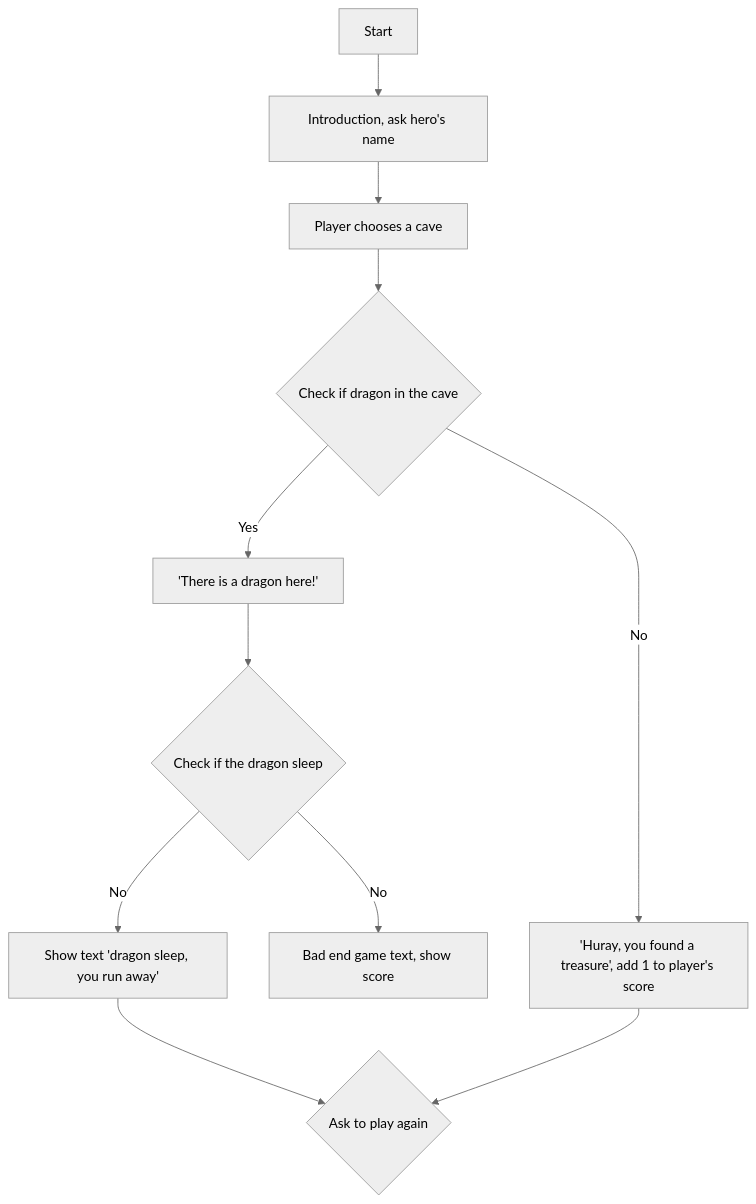
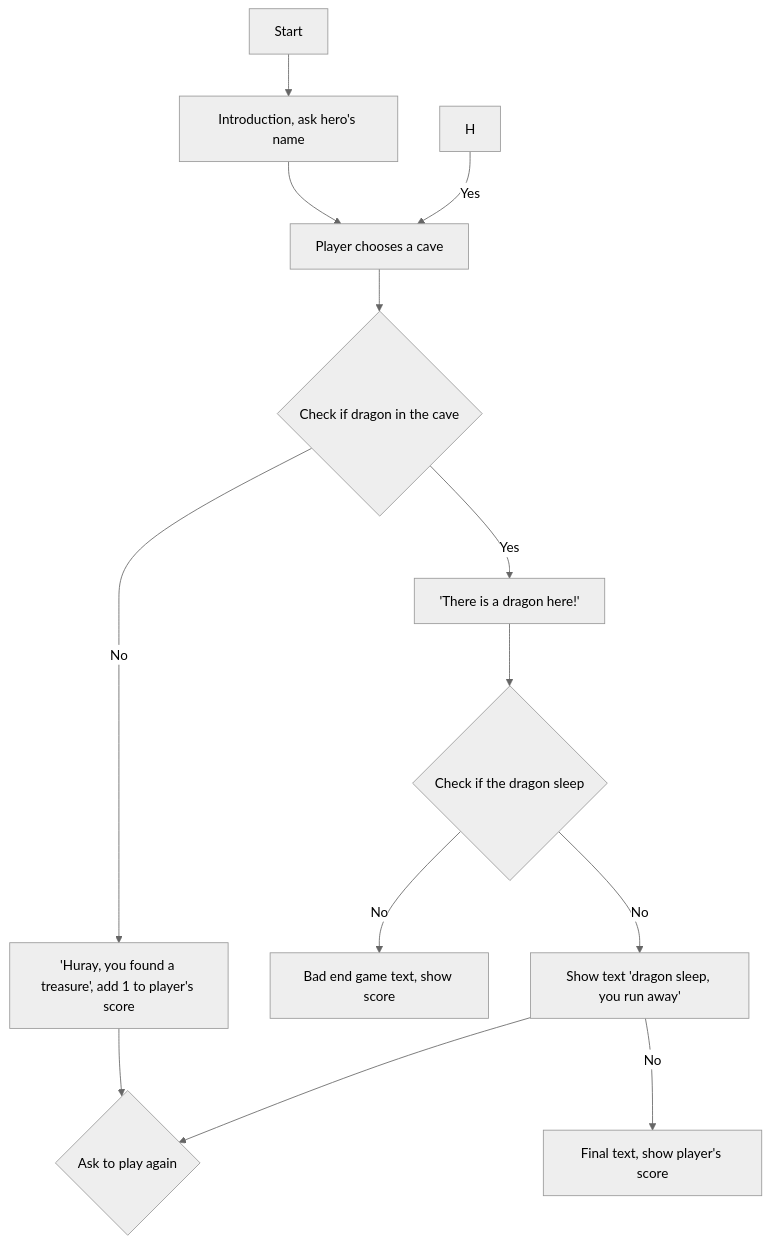
One commit to unknown-exception/Fantasy_Realm changed the diagram in README.md. Above: the diagram before and after it, drawn with Mermaid (neutral theme).

````diff
--- a/README.md
+++ b/README.md
@@ -4,15 +4,16 @@
 ```mermaid
 flowchart TD
 
 A[Start] --> B[Introduction, ask hero's name];
 B --> C[Player chooses a cave];
 C --> D{Check if dragon in the cave};
 D -- No --> X['Huray, you found a treasure', add 1 to player's score]
 D -- Yes --> E['There is a dragon here!']
 E --> F{Check if the dragon sleep}
 F -- No --> G[Bad end game text, show score]
 F -- No --> H[Show text 'dragon sleep, you run away']
 H --> Y{Ask to play again}
-X --> Y{Ask to play again}
-
+X --> Y
+Н -- Yes --> C
+H -- No --> I[Final text, show player's score]
 ```
````
